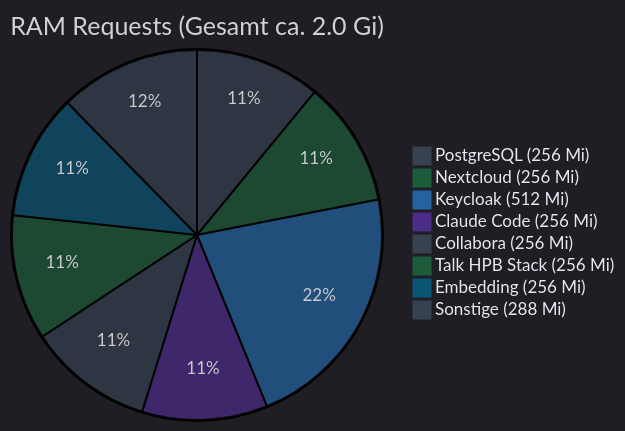
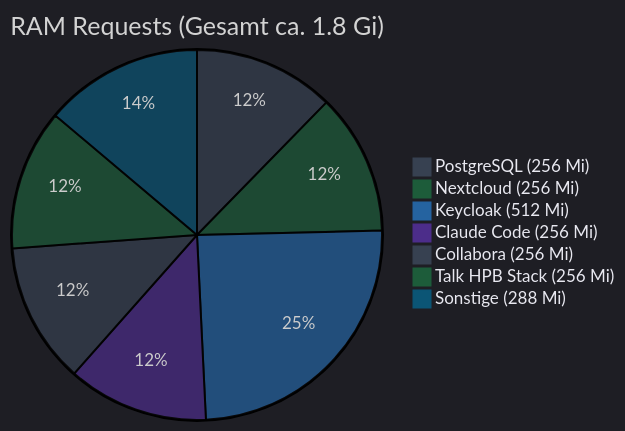
The diagram in k3d/docs-content/services.md (Paddione/Bachelorprojekt), drawn with Mermaid before and after one commit. The commit also changed other lines of this file and 2 other files, not shown here.

Commit message:
docs: sync k3d/docs-content mirror with architecture updates

````diff
--- a/k3d/docs-content/services.md
+++ b/k3d/docs-content/services.md
@@ -296,12 +284,11 @@
 ```mermaid
 %%{init: {'theme': 'dark', 'themeVariables': {'background': '#1a2235', 'mainBkg': '#1a2235', 'pie1': '#374151', 'pie2': '#1d5c3a', 'pie3': '#2563a0', 'pie4': '#4c2d8a', 'pie5': '#374151', 'pie6': '#1d5c3a', 'pie7': '#0b5575', 'pie8': '#374151', 'pieTextColor': '#e8e8f0', 'pieLegendTextColor': '#e8e8f0', 'pieLabelTextColor': '#e8e8f0'}}}%%
-pie title RAM Requests (Gesamt ca. 2.0 Gi)
+pie title RAM Requests (Gesamt ca. 1.8 Gi)
     "PostgreSQL (256 Mi)" : 256
     "Nextcloud (256 Mi)" : 256
     "Keycloak (512 Mi)" : 512
     "Claude Code (256 Mi)" : 256
     "Collabora (256 Mi)" : 256
     "Talk HPB Stack (256 Mi)" : 256
-    "Embedding (256 Mi)" : 256
     "Sonstige (288 Mi)" : 288
 ```
````
